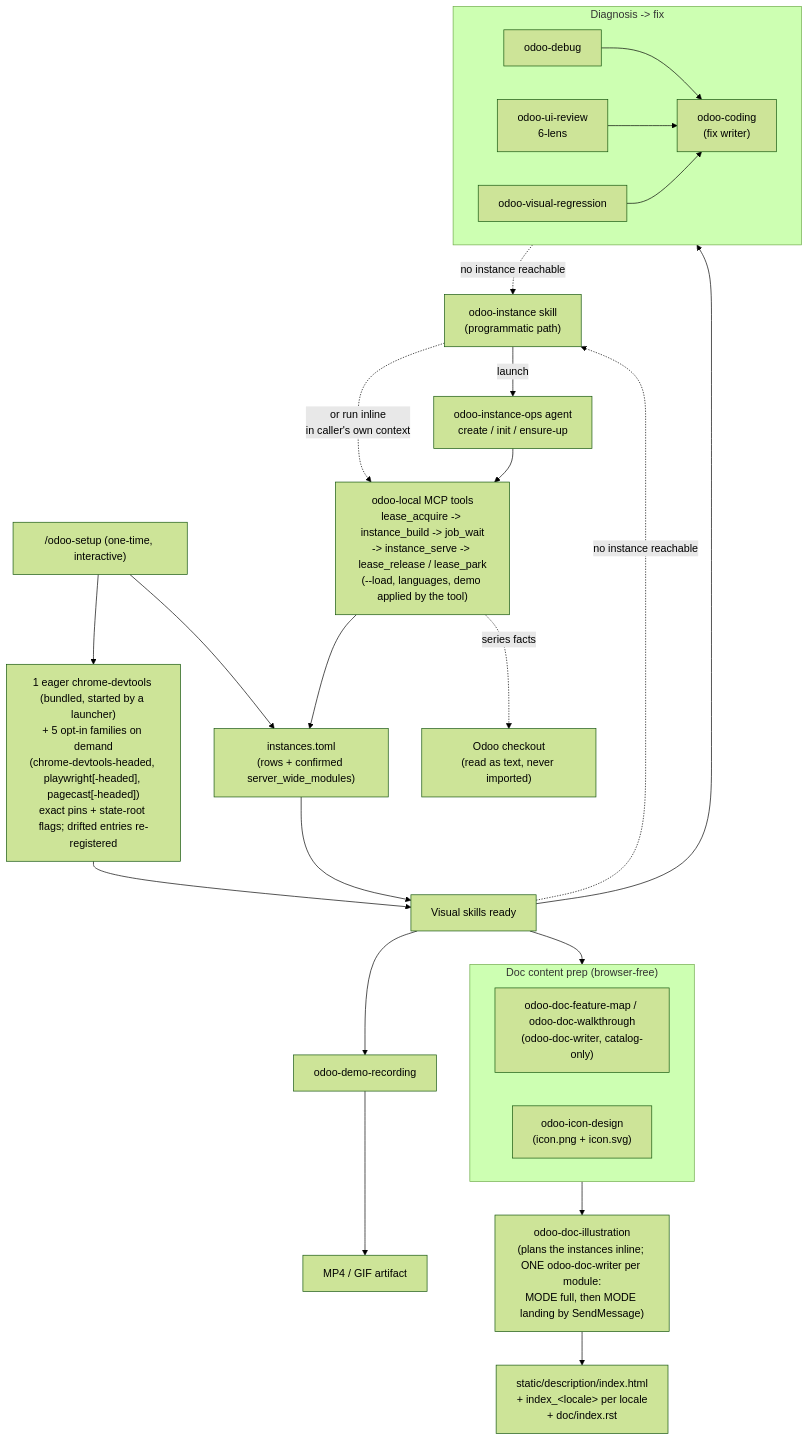
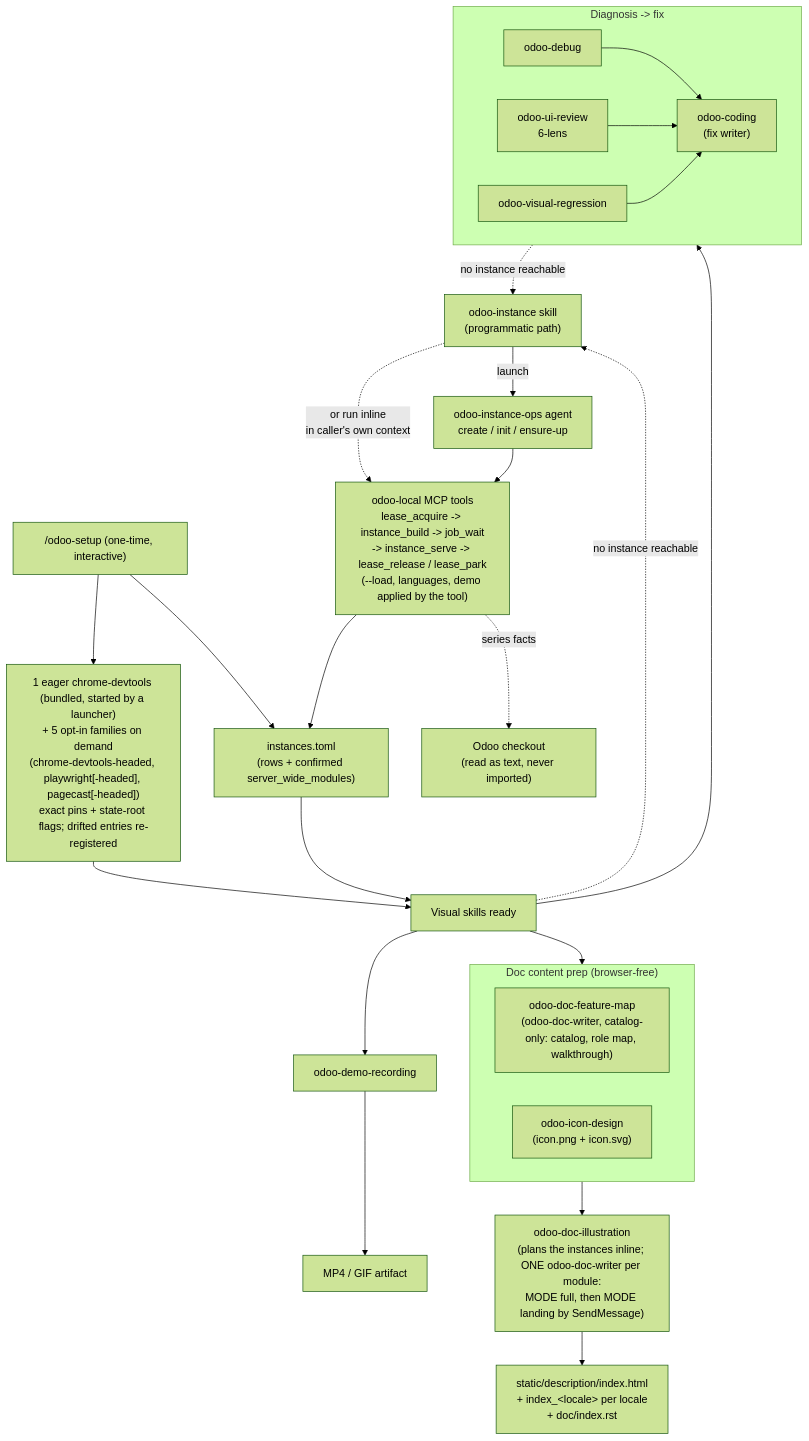
Before and after one commit to Viindoo/odoo-mcp-client: the fourth of 9 diagrams in plugins/odoo-ai-agents/README.md, drawn with Mermaid (forest theme). The commit also changed other lines of this file and 59 other files, not shown here.

````diff
--- a/plugins/odoo-ai-agents/README.md
+++ b/plugins/odoo-ai-agents/README.md
@@ -351,38 +351,38 @@
 ```mermaid
 flowchart TD
     SETUP["/odoo-setup (one-time, interactive)"]
     SETUP --> MCPW["1 eager chrome-devtools (bundled, started by a launcher)<br/>+ 5 opt-in families on demand<br/>(chrome-devtools-headed, playwright[-headed], pagecast[-headed])<br/>exact pins + state-root flags; drifted entries re-registered"]
     SETUP --> CTX["instances.toml<br/>(rows + confirmed server_wide_modules)"]
 
     INST["odoo-instance skill<br/>(programmatic path)"]
     INST -->|"launch"| IOPS["odoo-instance-ops agent<br/>create / init / ensure-up"]
     INST -.->|"or run inline<br/>in caller's own context"| LOCAL
     IOPS --> LOCAL["odoo-local MCP tools<br/>lease_acquire -> instance_build -> job_wait<br/>-> instance_serve -> lease_release / lease_park<br/>(--load, languages, demo applied by the tool)"]
     LOCAL --> CTX
     LOCAL -. "series facts" .-> SRC["Odoo checkout<br/>(read as text, never imported)"]
 
     MCPW --> SK["Visual skills ready"]
     CTX --> SK
 
     subgraph FIX_SKILLS["Diagnosis -> fix"]
         UID["odoo-debug"] --> FC["odoo-coding<br/>(fix writer)"]
         UIR["odoo-ui-review<br/>6-lens"] --> FC
         VR["odoo-visual-regression"] --> FC
     end
 
     SK --> FIX_SKILLS
     SK --> DR["odoo-demo-recording"]
     DR --> MEDIA["MP4 / GIF artifact"]
 
     subgraph DOC_PREP["Doc content prep (browser-free)"]
-        FMP["odoo-doc-feature-map / odoo-doc-walkthrough<br/>(odoo-doc-writer, catalog-only)"]
+        FMP["odoo-doc-feature-map<br/>(odoo-doc-writer, catalog-only: catalog, role map, walkthrough)"]
         ICN["odoo-icon-design<br/>(icon.png + icon.svg)"]
     end
 
     SK --> DOC_PREP
     DOC_PREP --> DOCILL["odoo-doc-illustration<br/>(plans the instances inline; ONE odoo-doc-writer per module:<br/>MODE full, then MODE landing by SendMessage)"]
     DOCILL --> DOCOUT["static/description/index.html<br/>+ index_&lt;locale&gt; per locale<br/>+ doc/index.rst"]
 
     FIX_SKILLS -. "no instance reachable" .-> INST
     SK -. "no instance reachable" .-> INST
 ```
````
